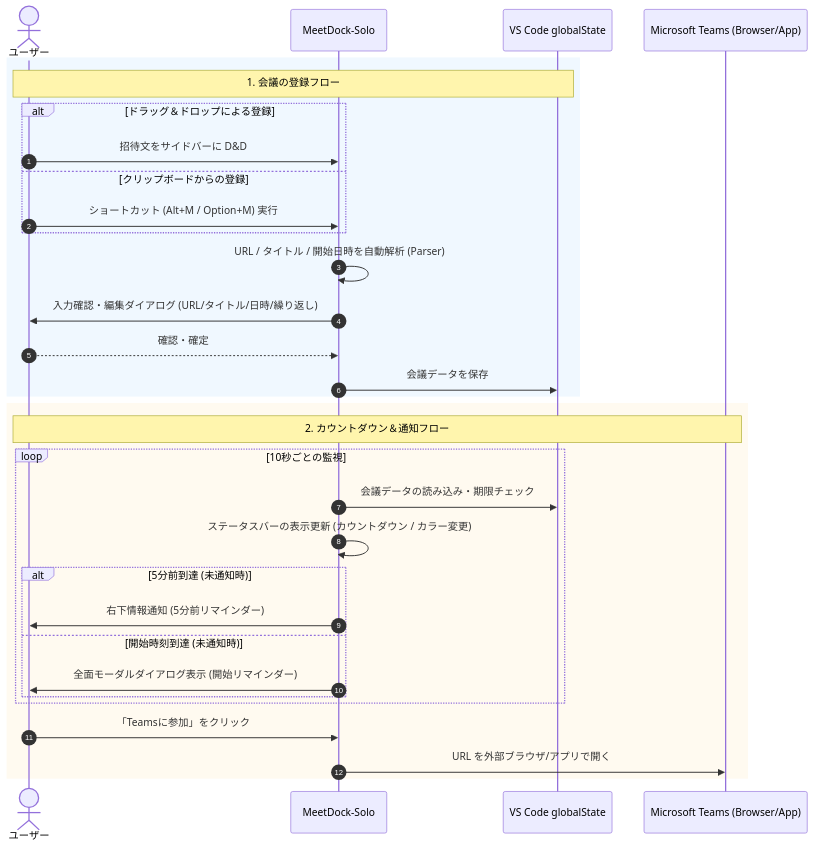
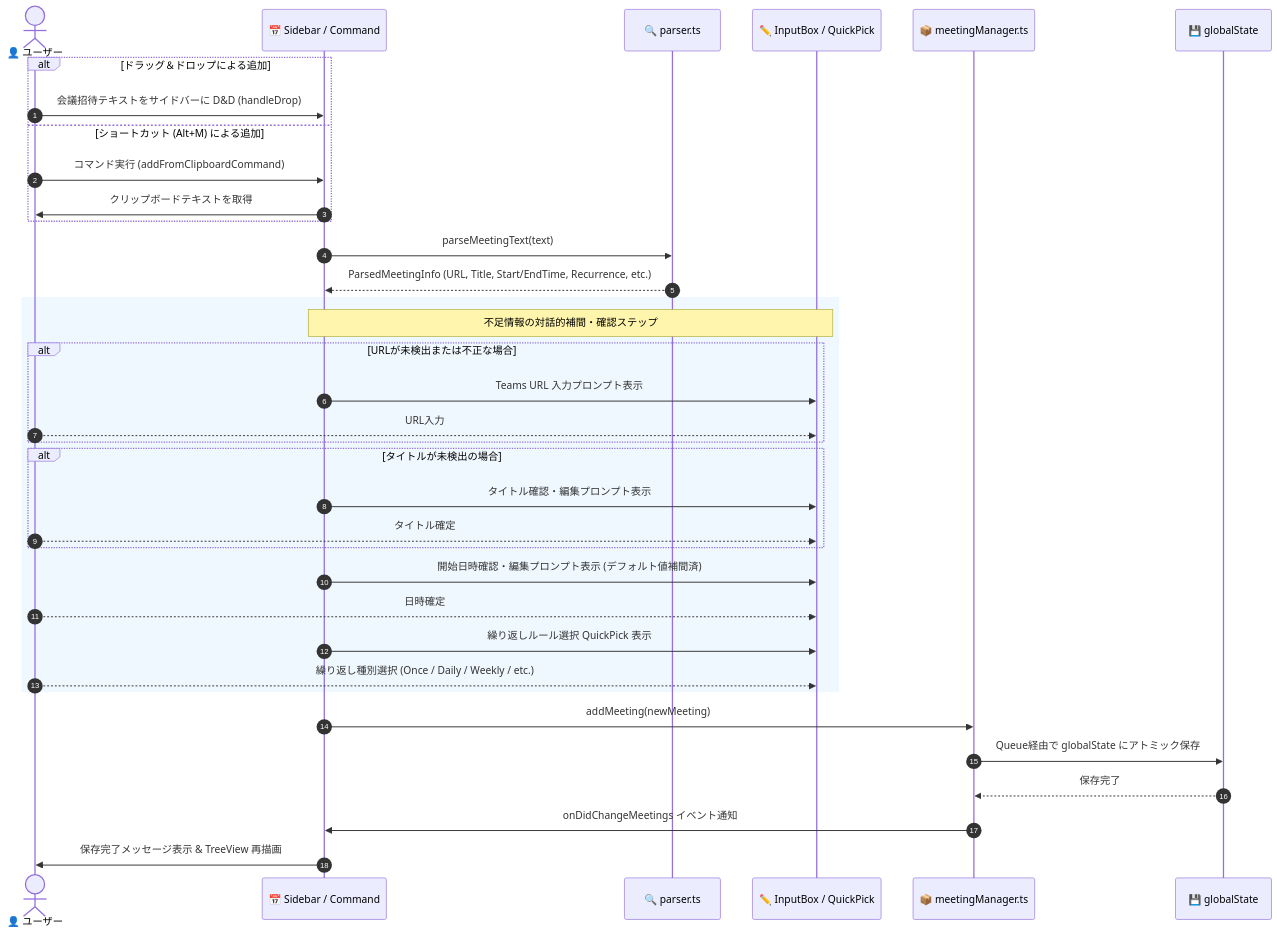
One commit to masanori-satake/MeetDock-Solo changed the fourth of 6 diagrams in docs/architecture.md. Above: the diagram before and after it, drawn with Mermaid. The commit also changed other lines of this file, not shown here.

First line of the commit message:
アーキテクチャ文書 (docs/architecture.md) の拡張と充実化 (#27)

````diff
--- a/docs/architecture.md
+++ b/docs/architecture.md
@@ -11,36 +342,42 @@
 ```mermaid
 sequenceDiagram
     autonumber
-    actor User as ユーザー
-    participant Extension as MeetDock-Solo
-    participant Storage as VS Code globalState
-    participant Teams as Microsoft Teams (Browser/App)
+    actor User as 👤 ユーザー
+    participant UI as 📅 Sidebar / Command
+    participant Parser as 🔍 parser.ts
+    participant Dialog as ✏️ InputBox / QuickPick
+    participant Mgr as 📦 meetingManager.ts
+    participant Storage as 💾 globalState
+
+    alt ドラッグ＆ドロップによる追加
+        User->>UI: 会議招待テキストをサイドバーに D&D (handleDrop)
+    else ショートカット (Alt+M) による追加
+        User->>UI: コマンド実行 (addFromClipboardCommand)
+        UI->>User: クリップボードテキストを取得
+    end
+
+    UI->>Parser: parseMeetingText(text)
+    Parser-->>UI: ParsedMeetingInfo (URL, Title, Start/EndTime, Recurrence, etc.)
 
     rect rgb(240, 248, 255)
-    note over User, Storage: 1. 会議の登録フロー
-    alt ドラッグ＆ドロップによる登録
-        User->>Extension: 招待文をサイドバーに D&D
-    else クリップボードからの登録
-        User->>Extension: ショートカット (Alt+M / Option+M) 実行
+    note over UI, Dialog: 不足情報の対話的補間・確認ステップ
+    alt URLが未検出または不正な場合
+        UI->>Dialog: Teams URL 入力プロンプト表示
+        User-->>Dialog: URL入力
     end
-    Extension->>Extension: URL / タイトル / 開始日時を自動解析 (Parser)
-    Extension->>User: 入力確認・編集ダイアログ (URL/タイトル/日時/繰り返し)
-    User-->>Extension: 確認・確定
-    Extension->>Storage: 会議データを保存
+    alt タイトルが未検出の場合
+        UI->>Dialog: タイトル確認・編集プロンプト表示
+        User-->>Dialog: タイトル確定
+    end
+    UI->>Dialog: 開始日時確認・編集プロンプト表示 (デフォルト値補間済)
+    User-->>Dialog: 日時確定
+    UI->>Dialog: 繰り返しルール選択 QuickPick 表示
+    User-->>Dialog: 繰り返し種別選択 (Once / Daily / Weekly / etc.)
     end
 
-    rect rgb(255, 250, 240)
-    note over User, Teams: 2. カウントダウン＆通知フロー
-    loop 10秒ごとの監視
-        Extension->>Storage: 会議データの読み込み・期限チェック
-        Extension->>Extension: ステータスバーの表示更新 (カウントダウン / カラー変更)
-        alt 5分前到達 (未通知時)
-            Extension->>User: 右下情報通知 (5分前リマインダー)
-        else 開始時刻到達 (未通知時)
-            Extension->>User: 全面モーダルダイアログ表示 (開始リマインダー)
-        end
-    end
-    User->>Extension: 「Teamsに参加」をクリック
-    Extension->>Teams: URL を外部ブラウザ/アプリで開く
-    end
+    UI->>Mgr: addMeeting(newMeeting)
+    Mgr->>Storage: Queue経由で globalState にアトミック保存
+    Storage-->>Mgr: 保存完了
+    Mgr->>UI: onDidChangeMeetings イベント通知
+    UI->>User: 保存完了メッセージ表示 & TreeView 再描画
 ```
````
